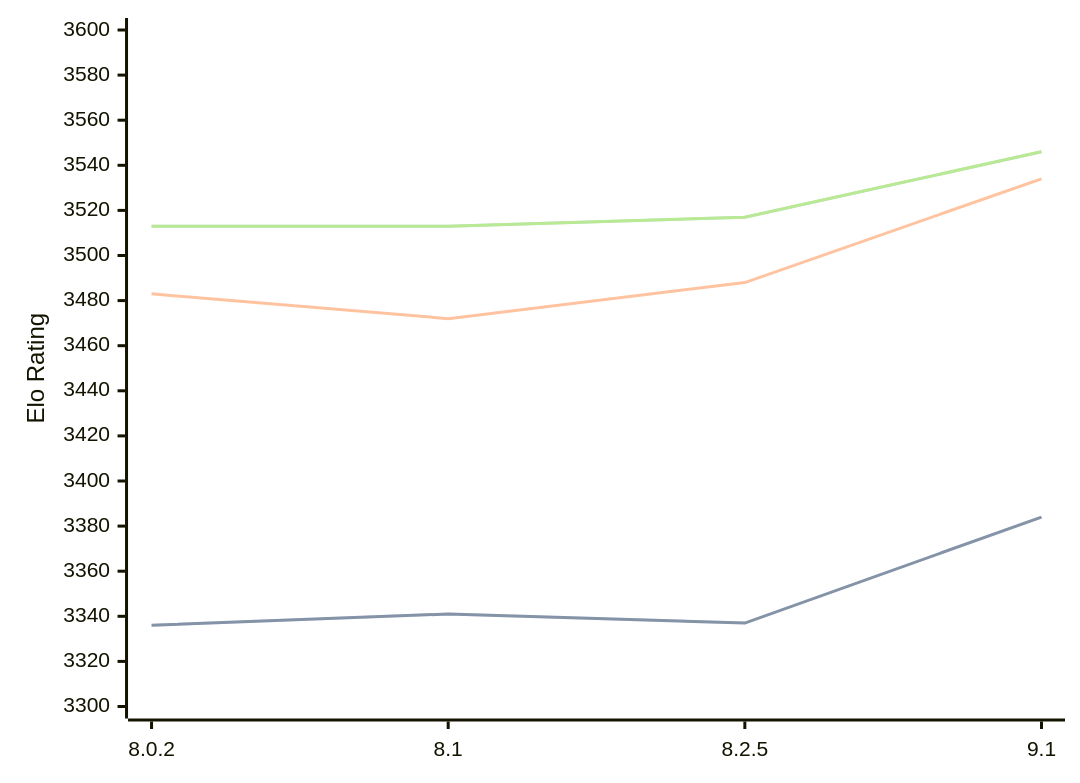
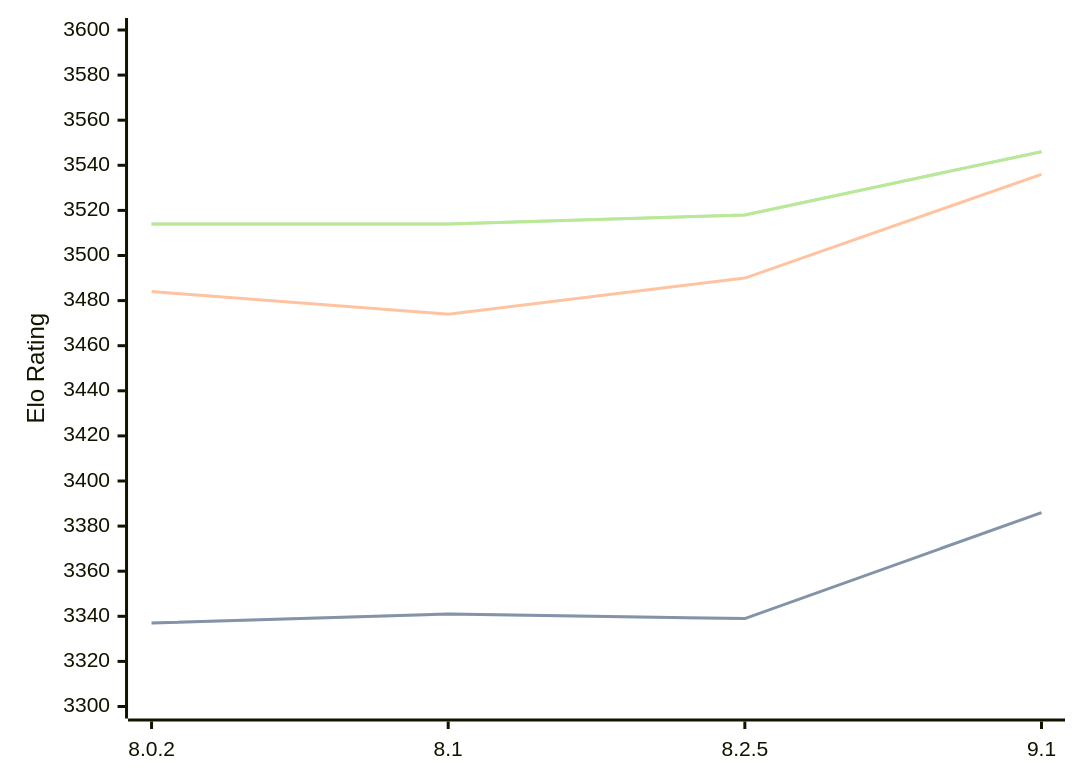
The diagram in engines/Clover.md (computer-chess-index/cci), drawn with Mermaid before and after one commit. The commit also changed other lines of this file, not shown here.

Commit message:
Update CCI Ratings (ELO VLTC) - 2026-08-26

````diff
--- a/engines/Clover.md
+++ b/engines/Clover.md
@@ -35,11 +35,11 @@
 ```mermaid
 %%{init: {"theme":"base","themeVariables":{"seriesColors:['#a3a3a3','#222221','#faa371']}}}%%
 xychart-beta
   x-axis ["8.0.2", "8.1", "8.2.5", "9.1"]
   y-axis "Elo Rating" 3300 --> 3600
-  line "STC (8.0+0.08s)" [3336, 3341, 3337, 3384]
-  line "STC (8.0+0.08s)" [3336, 3341, 3337, 3384]
-  line "LTC (60.0+0.60s)" [3483, 3472, 3488, 3534]
-  line "VLTC (2m24s+1.12s)" [3513, 3513, 3517, 3546]
-  line "VLTC (2m24s+1.12s)" [3513, 3513, 3517, 3546]
+  line "STC (8.0+0.08s)" [3337, 3341, 3339, 3386]
+  line "STC (8.0+0.08s)" [3337, 3341, 3339, 3386]
+  line "LTC (60.0+0.60s)" [3484, 3474, 3490, 3536]
+  line "VLTC (2m24s+1.12s)" [3514, 3514, 3518, 3546]
+  line "VLTC (2m24s+1.12s)" [3514, 3514, 3518, 3546]
 ```
````
